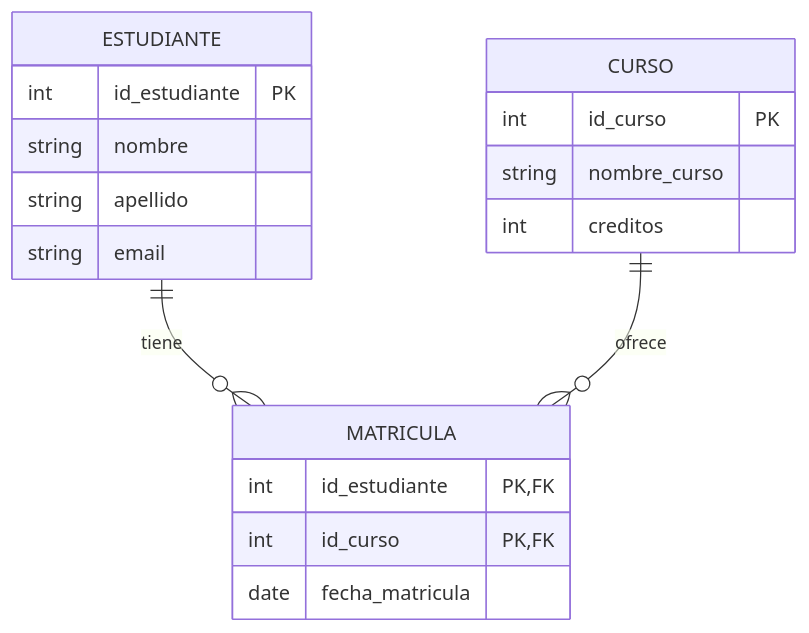
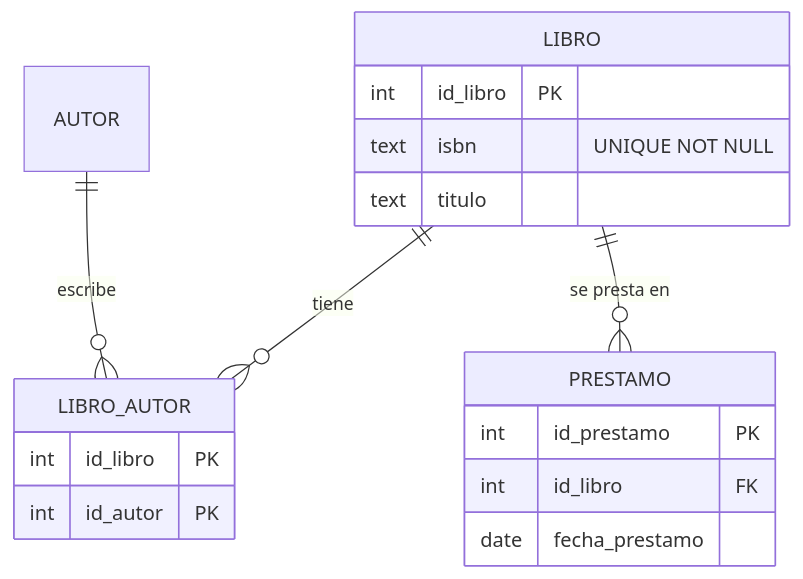
Before and after one commit to djaimej/computer-science-template: the diagram in public/documents/semester-5/3/5381.md, drawn with Mermaid. The commit also changed other lines of this file and 3 other files, not shown here.

````diff
--- a/public/documents/semester-5/3/5381.md
+++ b/public/documents/semester-5/3/5381.md
@@ -74,24 +55,20 @@
 ```mermaid
 erDiagram
-    ESTUDIANTE {
-        int id_estudiante PK
-        string nombre
-        string apellido
-        string email
+    LIBRO ||--o{ LIBRO_AUTOR : tiene
+    AUTOR ||--o{ LIBRO_AUTOR : escribe
+    LIBRO ||--o{ PRESTAMO : "se presta en"
+    LIBRO {
+        int id_libro PK
+        text isbn "UNIQUE NOT NULL"
+        text titulo
     }
-
-    CURSO {
-        int id_curso PK
-        string nombre_curso
-        int creditos
+    LIBRO_AUTOR {
+        int id_libro PK
+        int id_autor PK
     }
-
-    MATRICULA {
-        int id_estudiante PK,FK
-        int id_curso PK,FK
-        date fecha_matricula
+    PRESTAMO {
+        int id_prestamo PK
+        int id_libro FK
+        date fecha_prestamo
     }
-
-    ESTUDIANTE ||--o{ MATRICULA : tiene
-    CURSO ||--o{ MATRICULA : ofrece
 ```
````
